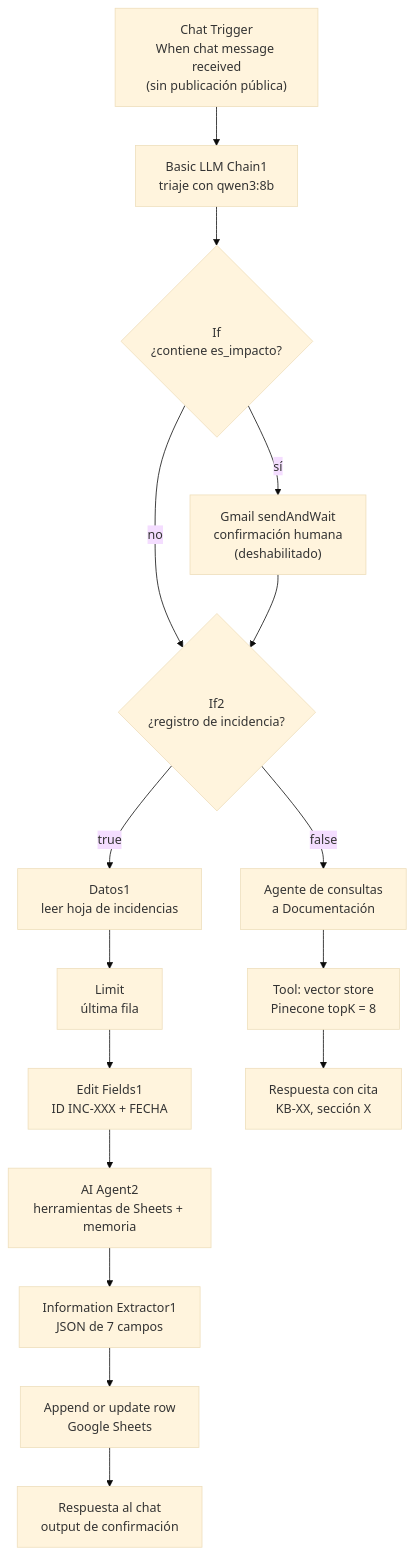
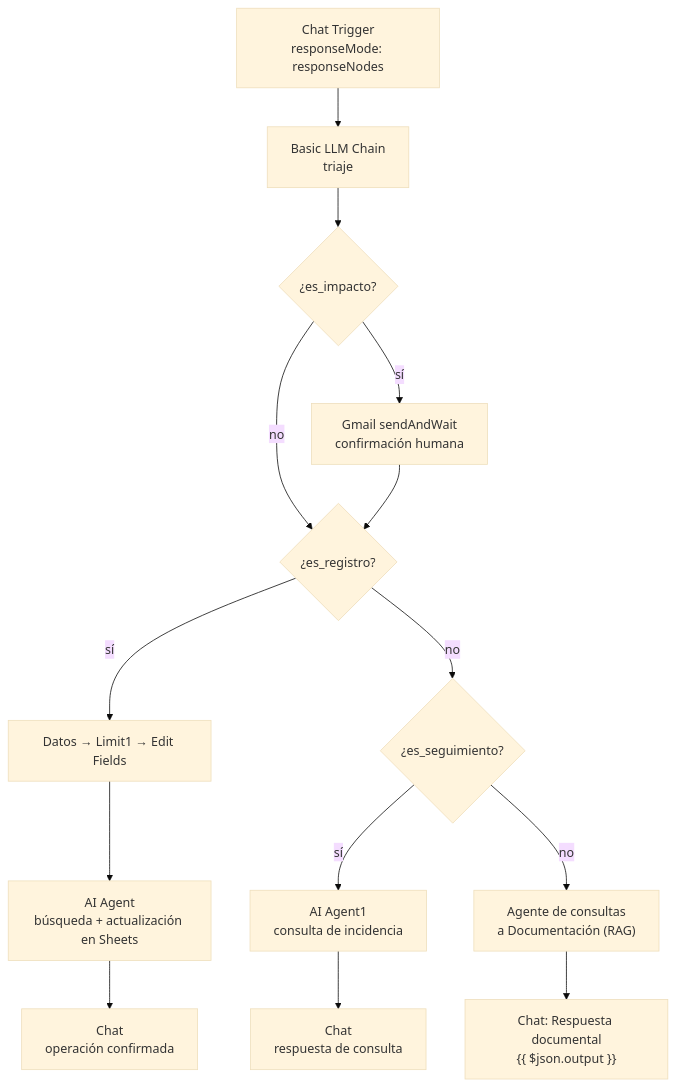
Before and after one commit to Charlie-24/Asistente-Negocio-N8N-: the diagram in README.md, drawn with Mermaid (base theme). The commit also changed other lines of this file and 2 other files, not shown here.

````diff
--- a/README.md
+++ b/README.md
@@ -41,18 +29,16 @@
 ```mermaid
 flowchart TD
-    A["Chat Trigger<br/>When chat message received<br/>(sin publicación pública)"] --> B["Basic LLM Chain1<br/>triaje con qwen3:8b"]
-    B --> C{"If<br/>¿contiene es_impacto?"}
-    C -->|"sí"| D["Gmail sendAndWait<br/>confirmación humana<br/>(deshabilitado)"]
+    A["Chat Trigger<br/>responseMode: responseNodes"] --> B["Basic LLM Chain<br/>triaje"]
+    B --> C{"¿es_impacto?"}
+    C -->|"sí"| D["Gmail sendAndWait<br/>confirmación humana"]
     C -->|"no"| E
-    D --> E{"If2<br/>¿registro de incidencia?"}
-    E -->|"true"| F["Datos1<br/>leer hoja de incidencias"]
-    F --> G["Limit<br/>última fila"]
-    G --> H["Edit Fields1<br/>ID INC-XXX + FECHA"]
-    H --> I["AI Agent2<br/>herramientas de Sheets + memoria"]
-    I --> J["Information Extractor1<br/>JSON de 7 campos"]
-    J --> K["Append or update row<br/>Google Sheets"]
-    K --> O["Respuesta al chat<br/>output de confirmación"]
-    E -->|"false"| L["Agente de consultas<br/>a Documentación"]
-    L --> M["Tool: vector store<br/>Pinecone topK = 8"]
-    M --> N["Respuesta con cita<br/>KB-XX, sección X"]
+    D --> E{"¿es_registro?"}
+    E -->|"sí"| F["Datos → Limit1 → Edit Fields"]
+    F --> G["AI Agent<br/>búsqueda + actualización en Sheets"]
+    G --> H["Chat<br/>operación confirmada"]
+    E -->|"no"| I{"¿es_seguimiento?"}
+    I -->|"sí"| J["AI Agent1<br/>consulta de incidencia"]
+    J --> K["Chat<br/>respuesta de consulta"]
+    I -->|"no"| L["Agente de consultas<br/>a Documentación (RAG)"]
+    L --> M["Chat: Respuesta documental<br/>{{ $json.output }}"]
 ```
````
